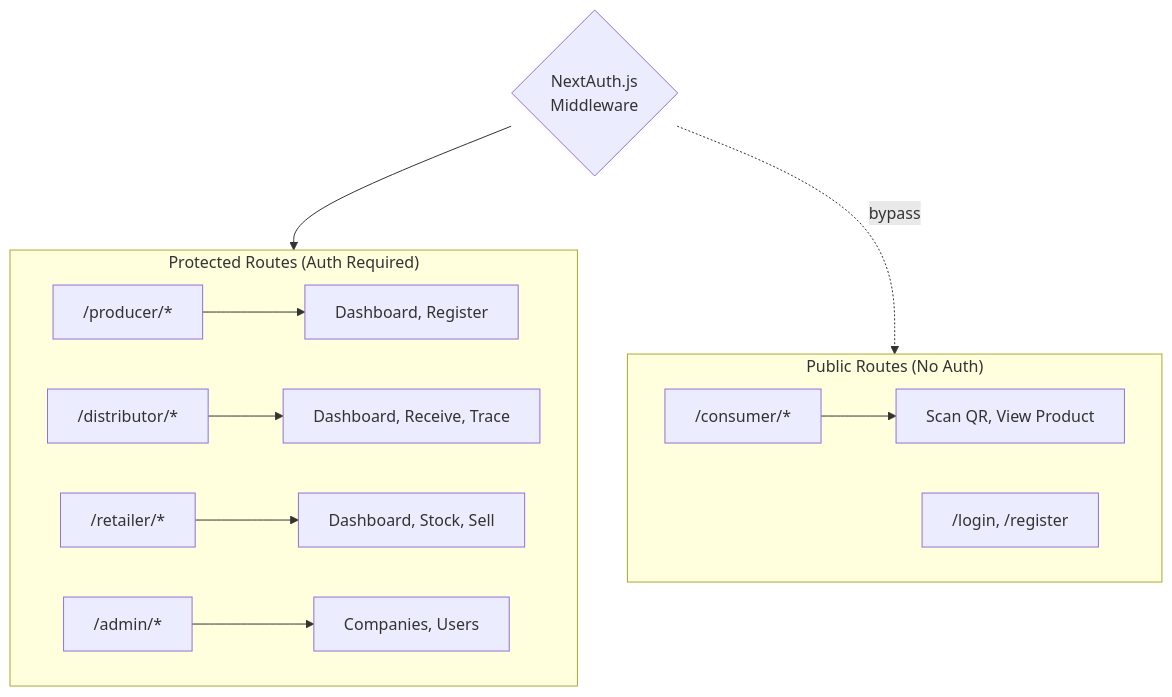
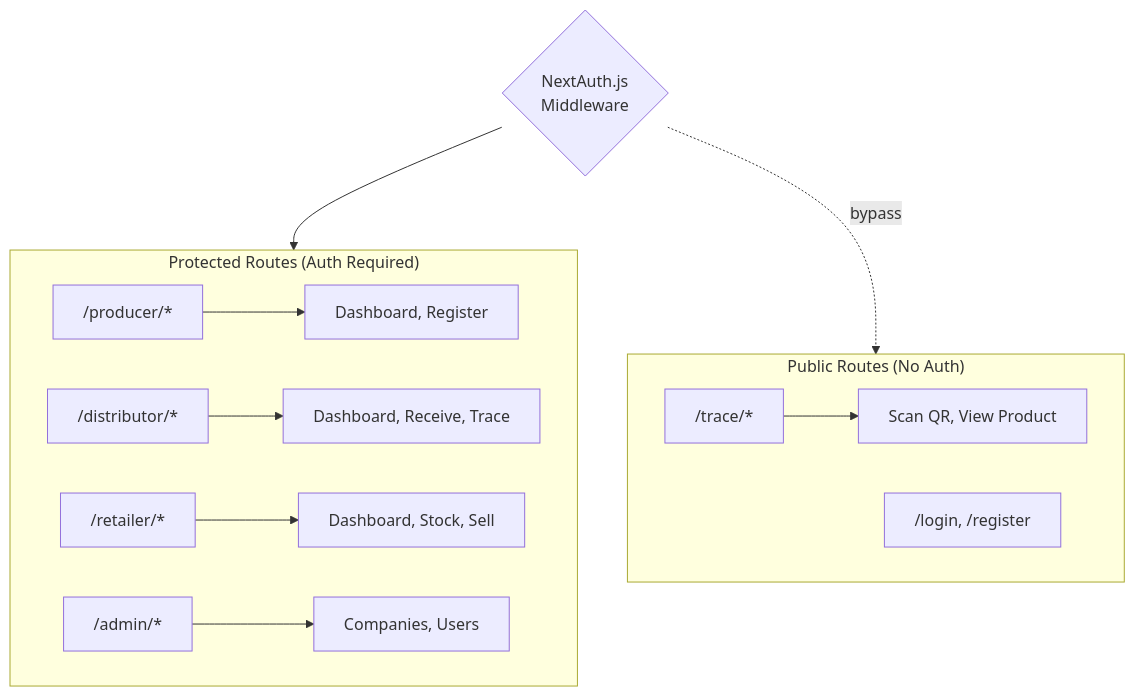
One commit to FoodTrace-2025/thesis changed the second of 3 diagrams in docs/thesis/chapters/chapter-5-system-implementation.md. Above: the diagram before and after it, drawn with Mermaid. The commit also changed other lines of this file and 9 other files, not shown here.

````diff
--- a/docs/thesis/chapters/chapter-5-system-implementation.md
+++ b/docs/thesis/chapters/chapter-5-system-implementation.md
@@ -110,17 +106,17 @@
 ```mermaid
 flowchart TB
     subgraph Protected["Protected Routes (Auth Required)"]
         P["/producer/*"] --> PD[Dashboard, Register]
         D["/distributor/*"] --> DD[Dashboard, Receive, Trace]
         R["/retailer/*"] --> RD[Dashboard, Stock, Sell]
         A["/admin/*"] --> AD[Companies, Users]
     end
 
     subgraph Public["Public Routes (No Auth)"]
-        C["/consumer/*"] --> CD[Scan QR, View Product]
+        C["/trace/*"] --> CD[Scan QR, View Product]
         L["/login, /register"]
     end
 
     AUTH{NextAuth.js\nMiddleware} --> Protected
     AUTH -.->|bypass| Public
 ```
````
